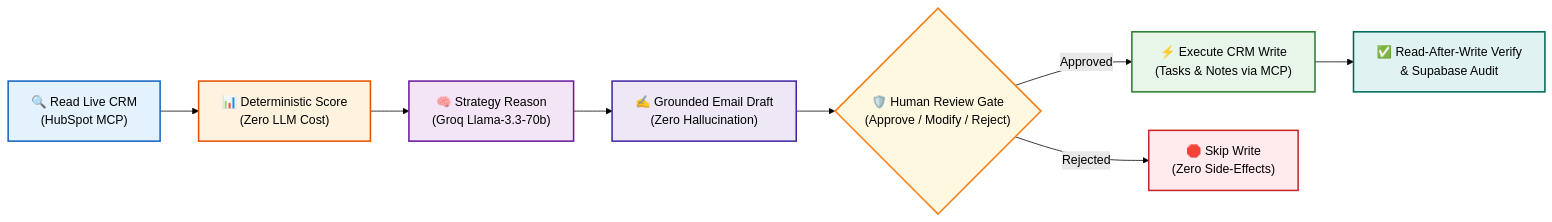
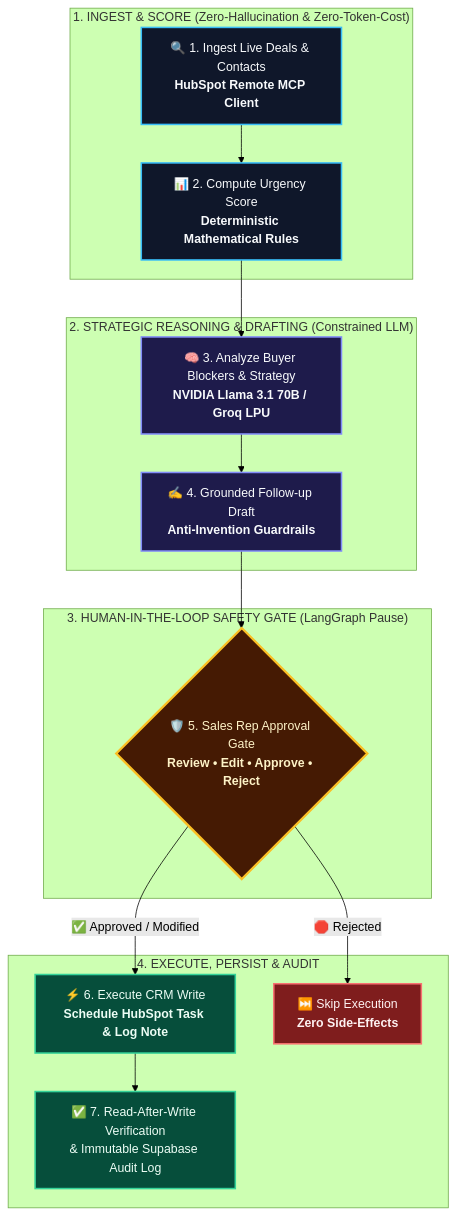
The first of 2 diagrams in README.md (srinath2934/closepilot), drawn with Mermaid (forest theme) before and after one commit. The commit also changed other lines of this file, not shown here.

Commit message:
docs: improve contrast, readability and structure of architecture diagrams in README

````diff
--- a/README.md
+++ b/README.md
@@ -54,19 +54,30 @@
 ```mermaid
-flowchart LR
-    A["🔍 Read Live CRM<br/>(HubSpot MCP)"] --> B["📊 Deterministic Score<br/>(Zero LLM Cost)"]
-    B --> C["🧠 Strategy Reason<br/>(Groq Llama-3.3-70b)"]
-    C --> D["✍️ Grounded Email Draft<br/>(Zero Hallucination)"]
-    D --> E{"🛡️ Human Review Gate<br/>(Approve / Modify / Reject)"}
-    E -- "Approved" --> F["⚡ Execute CRM Write<br/>(Tasks & Notes via MCP)"]
-    E -- "Rejected" --> G["🛑 Skip Write<br/>(Zero Side-Effects)"]
-    F --> H["✅ Read-After-Write Verify<br/>& Supabase Audit"]
+flowchart TD
+    subgraph S1 ["1. INGEST & SCORE (Zero-Hallucination & Zero-Token-Cost)"]
+        A["🔍 1. Ingest Live Deals & Contacts<br/><b>HubSpot Remote MCP Client</b>"] --> B["📊 2. Compute Urgency Score<br/><b>Deterministic Mathematical Rules</b>"]
+    end
 
-    style A fill:#e3f2fd,stroke:#1565c0,stroke-width:2px;
-    style B fill:#fff3e0,stroke:#e65100,stroke-width:2px;
-    style C fill:#f3e5f5,stroke:#6a1b9a,stroke-width:2px;
-    style D fill:#ede7f6,stroke:#4527a0,stroke-width:2px;
-    style E fill:#fff8e1,stroke:#f57f17,stroke-width:2px;
-    style F fill:#e8f5e9,stroke:#2e7d32,stroke-width:2px;
-    style G fill:#ffebee,stroke:#c62828,stroke-width:2px;
-    style H fill:#e0f2f1,stroke:#00695c,stroke-width:2px;
+    subgraph S2 ["2. STRATEGIC REASONING & DRAFTING (Constrained LLM)"]
+        B --> C["🧠 3. Analyze Buyer Blockers & Strategy<br/><b>NVIDIA Llama 3.1 70B / Groq LPU</b>"]
+        C --> D["✍️ 4. Grounded Follow-up Draft<br/><b>Anti-Invention Guardrails</b>"]
+    end
+
+    subgraph S3 ["3. HUMAN-IN-THE-LOOP SAFETY GATE (LangGraph Pause)"]
+        D --> E{"🛡️ 5. Sales Rep Approval Gate<br/><b>Review • Edit • Approve • Reject</b>"}
+    end
+
+    subgraph S4 ["4. EXECUTE, PERSIST & AUDIT"]
+        E -->|"✅ Approved / Modified"| F["⚡ 6. Execute CRM Write<br/><b>Schedule HubSpot Task & Log Note</b>"]
+        E -->|"🛑 Rejected"| G["⏭️ Skip Execution<br/><b>Zero Side-Effects</b>"]
+        F --> H["✅ 7. Read-After-Write Verification<br/>& Immutable Supabase Audit Log"]
+    end
+
+    style A fill:#0f172a,stroke:#38bdf8,stroke-width:2px,color:#f8fafc;
+    style B fill:#0f172a,stroke:#38bdf8,stroke-width:2px,color:#f8fafc;
+    style C fill:#1e1b4b,stroke:#818cf8,stroke-width:2px,color:#f8fafc;
+    style D fill:#1e1b4b,stroke:#818cf8,stroke-width:2px,color:#f8fafc;
+    style E fill:#451a03,stroke:#fbbf24,stroke-width:3px,color:#fef3c7;
+    style F fill:#064e3b,stroke:#34d399,stroke-width:2px,color:#ecfdf5;
+    style G fill:#7f1d1d,stroke:#f87171,stroke-width:2px,color:#fef2f2;
+    style H fill:#064e3b,stroke:#34d399,stroke-width:2px,color:#ecfdf5;
 ```
````
